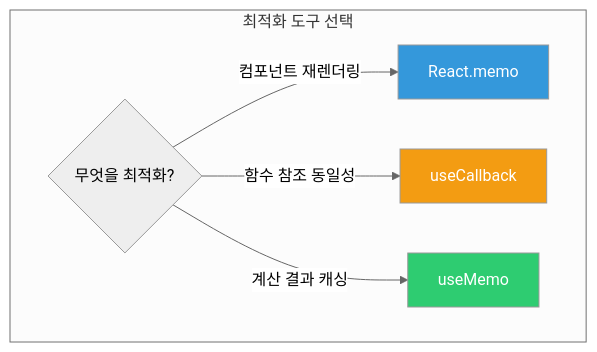
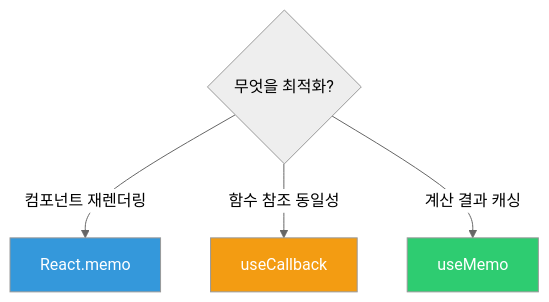
Before and after one commit to yjkim2015/yjkim2015.github.io: the third of 5 diagrams in _posts/frontend/2026-05-01-react.md, drawn with Mermaid (neutral theme). The commit also changed 155 other files, not shown here.

First line of the commit message:
Mermaid 전면 수정: subgraph 제거, participant/노드/줄수 축소 (342블록)

````diff
--- a/_posts/frontend/2026-05-01-react.md
+++ b/_posts/frontend/2026-05-01-react.md
@@ -205,12 +205,10 @@
 ```mermaid
 flowchart TD
-    subgraph "최적화 도구 선택"
-        Q1{"무엇을 최적화?"}
-        Q1 -->|"컴포넌트 재렌더링"| MEMO["React.memo"]
-        Q1 -->|"함수 참조 동일성"| USECB["useCallback"]
-        Q1 -->|"계산 결과 캐싱"| USEMEMO["useMemo"]
-    end
+    Q1{"무엇을 최적화?"}
+    Q1 -->|"컴포넌트 재렌더링"| MEMO["React.memo"]
+    Q1 -->|"함수 참조 동일성"| USECB["useCallback"]
+    Q1 -->|"계산 결과 캐싱"| USEMEMO["useMemo"]
     style MEMO fill:#3498db,color:#fff
     style USECB fill:#f39c12,color:#fff
     style USEMEMO fill:#2ecc71,color:#fff
 ```
````
